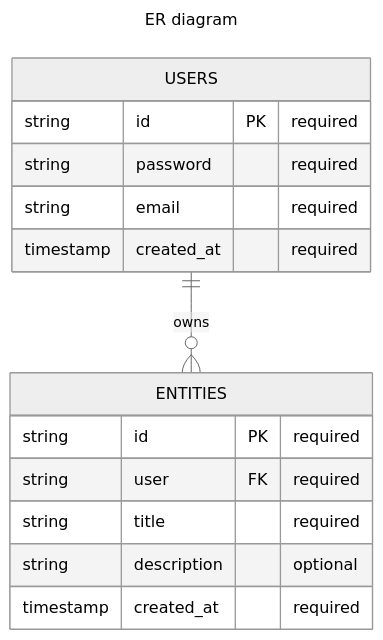
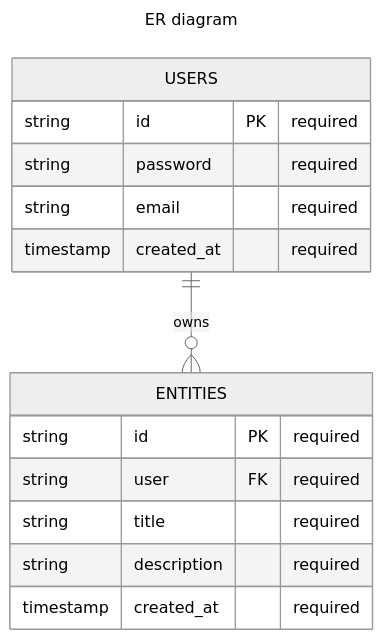
The diagram in diagrams/er_diagram.mmd (GabrielRGBQ/entities), drawn with Mermaid (neutral theme) before and after one commit. The commit also changed 5 other files, not shown here.

```diff
--- a/diagrams/er_diagram.mmd
+++ b/diagrams/er_diagram.mmd
@@ -1,18 +1,18 @@
 ---
 title: ER diagram
 ---
 erDiagram
     ENTITIES {
         string id PK "required"
         string user FK "required"
         string title "required"
-        string description "optional"
+        string description "required"
         timestamp created_at "required"
     }
     USERS ||--o{ ENTITIES : owns
     USERS {
         string id PK "required"
         string password "required"
         string email "required"
         timestamp created_at "required"
     }
```
